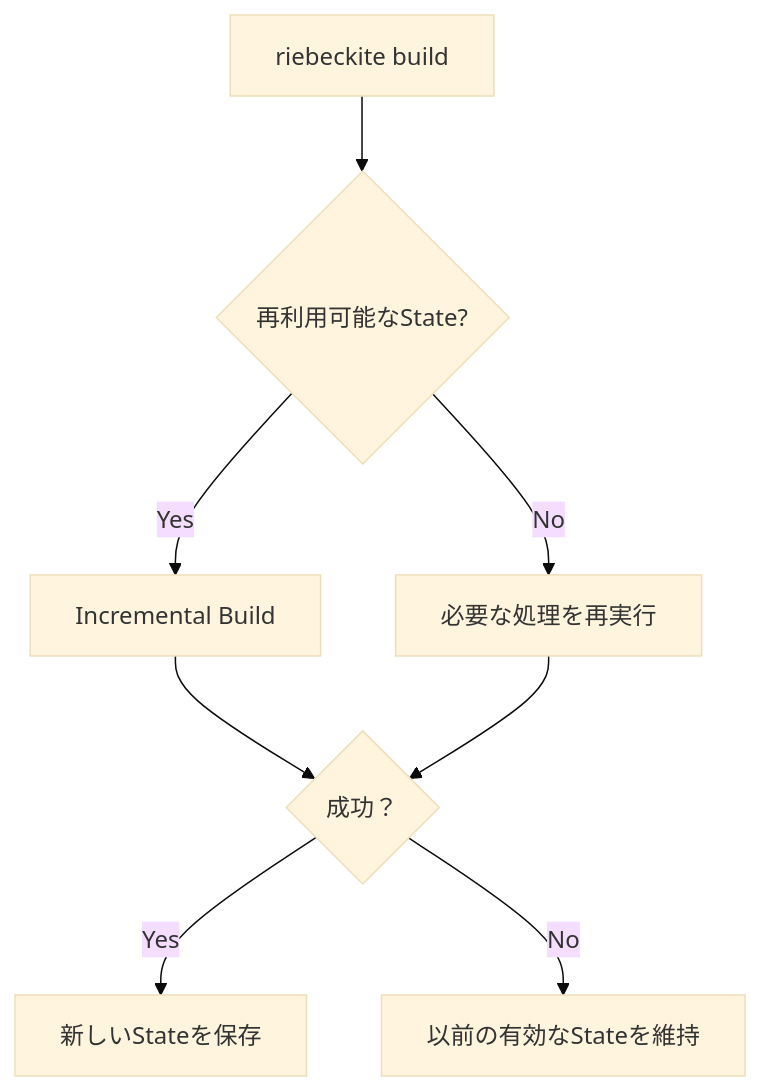
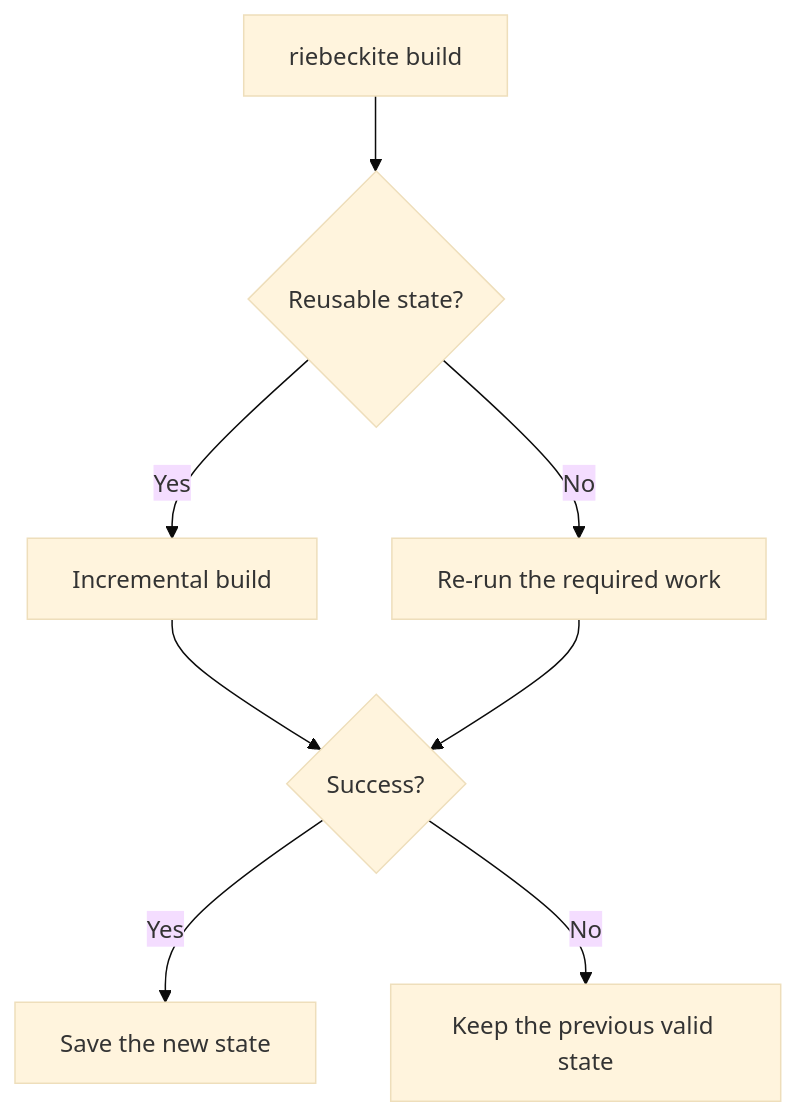
The fourth of 6 diagrams in docs/docs/reference/cli.md (Rerurate514/riebeckite), drawn with Mermaid (base theme) before and after one commit. The commit also changed other lines of this file and 604 other files, not shown here.

````diff
--- a/docs/docs/reference/cli.md
+++ b/docs/docs/reference/cli.md
@@ -324,15 +253,15 @@
-```mermaid id="l50vlh"
+```mermaid
 flowchart TD
     Build["riebeckite build"]
-    State{"再利用可能なState?"}
+    State{"Reusable state?"}
 
     Build --> State
-    State -->|Yes| Incremental["Incremental Build"]
-    State -->|No| Full["必要な処理を再実行"]
+    State -->|Yes| Incremental["Incremental build"]
+    State -->|No| Full["Re-run the required work"]
 
-    Incremental --> Success{"成功？"}
+    Incremental --> Success{"Success?"}
     Full --> Success
 
-    Success -->|Yes| Save["新しいStateを保存"]
-    Success -->|No| Keep["以前の有効なStateを維持"]
+    Success -->|Yes| Save["Save the new state"]
+    Success -->|No| Keep["Keep the previous valid state"]
 ```
````
